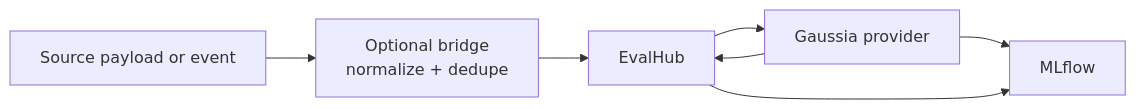
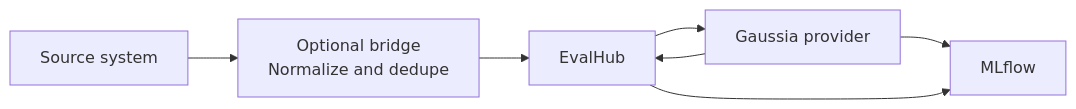
Before and after one commit to gaussia-labs/docs: the first of 3 diagrams in sdks/python/integrations/evalhub.mdx, drawn with Mermaid. The commit also changed other lines of this file, not shown here.

Commit message:
Improve EvalHub diagrams

````diff
--- a/sdks/python/integrations/evalhub.mdx
+++ b/sdks/python/integrations/evalhub.mdx
@@ -44,15 +46,15 @@
   ```mermaid
   flowchart LR
-      source["Source payload or event"]
-      bridge["Optional bridge<br/>normalize + dedupe"]
+      source["Source system"]
+      bridge["Optional bridge<br/>Normalize and dedupe"]
       evalhub["EvalHub"]
       provider["Gaussia provider"]
       mlflow["MLflow"]
 
       source --> bridge
       bridge --> evalhub
       evalhub --> provider
       provider --> evalhub
       provider --> mlflow
       evalhub --> mlflow
   ```
````
